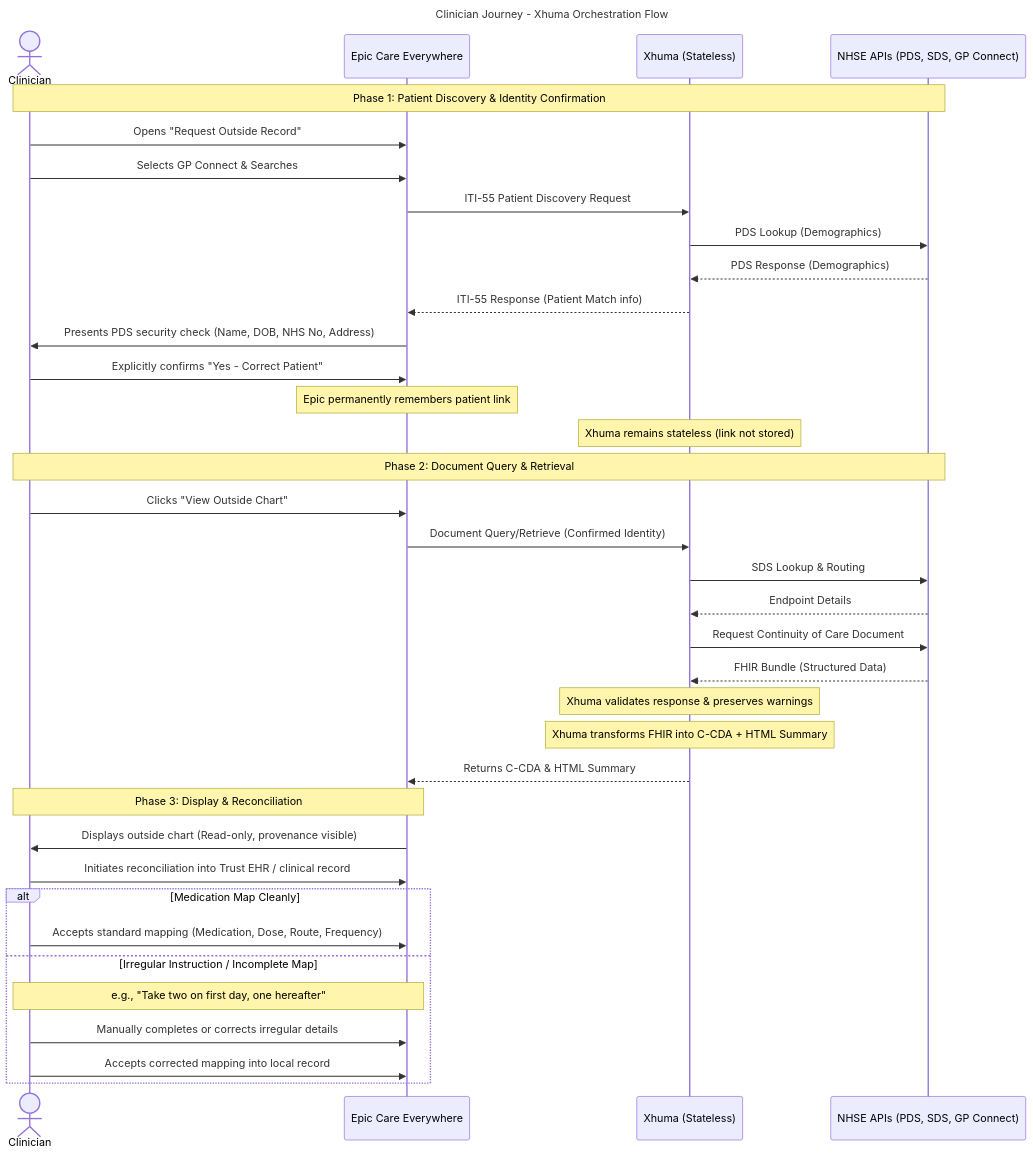
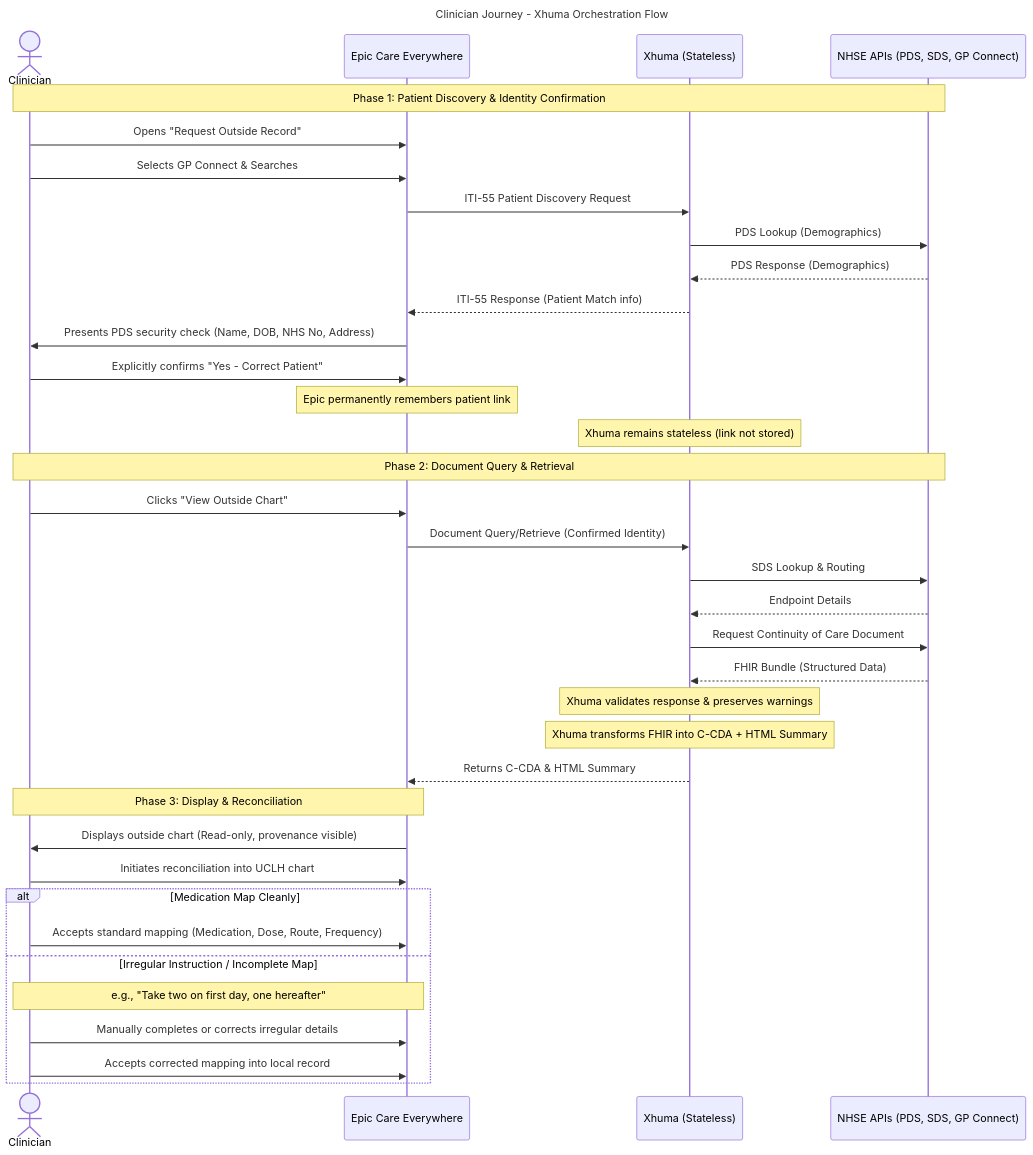
Before and after one commit to UCLH-Digital-Innovation-Hub/Xhuma: the sixth of 6 diagrams in docs/technical_architecture.md, drawn with Mermaid. The commit also changed other lines of this file and 22 other files, not shown here.

````diff
--- a/docs/technical_architecture.md
+++ b/docs/technical_architecture.md
@@ -246,50 +246,50 @@
 ```mermaid
 sequenceDiagram
     title Clinician Journey - Xhuma Orchestration Flow
     actor C as Clinician
     participant E as Epic Care Everywhere
     participant X as Xhuma (Stateless)
     participant NHSE as NHSE APIs (PDS, SDS, GP Connect)
     
     %% Phase 1: Identity Discovery & Confirmation
     note over C, NHSE: Phase 1: Patient Discovery & Identity Confirmation
     C->>E: Opens "Request Outside Record"
     C->>E: Selects GP Connect & Searches
     E->>X: ITI-55 Patient Discovery Request
     X->>NHSE: PDS Lookup (Demographics)
     NHSE-->>X: PDS Response (Demographics)
     X-->>E: ITI-55 Response (Patient Match info)
     E->>C: Presents PDS security check (Name, DOB, NHS No, Address)
     C->>E: Explicitly confirms "Yes - Correct Patient"
     
     %% State Note
     note over E: Epic permanently remembers patient link
     note over X: Xhuma remains stateless (link not stored)
     
     %% Phase 2: Document Query & Retrieve
     note over C, NHSE: Phase 2: Document Query & Retrieval
     C->>E: Clicks "View Outside Chart"
     E->>X: Document Query/Retrieve (Confirmed Identity)
     X->>NHSE: SDS Lookup & Routing
     NHSE-->>X: Endpoint Details
     X->>NHSE: Request Continuity of Care Document
     NHSE-->>X: FHIR Bundle (Structured Data)
     
     %% Transformation & Validation
     note over X: Xhuma validates response & preserves warnings
     note over X: Xhuma transforms FHIR into C-CDA + HTML Summary
     X-->>E: Returns C-CDA & HTML Summary
     
     %% Display & Reconciliation
     note over C, E: Phase 3: Display & Reconciliation
     E->>C: Displays outside chart (Read-only, provenance visible)
-    C->>E: Initiates reconciliation into Trust EHR / clinical record
+    C->>E: Initiates reconciliation into UCLH chart
     
     alt Medication Map Cleanly
         C->>E: Accepts standard mapping (Medication, Dose, Route, Frequency)
     else Irregular Instruction / Incomplete Map
         note over C, E: e.g., "Take two on first day, one hereafter"
         C->>E: Manually completes or corrects irregular details
         C->>E: Accepts corrected mapping into local record
     end
 ```
````
